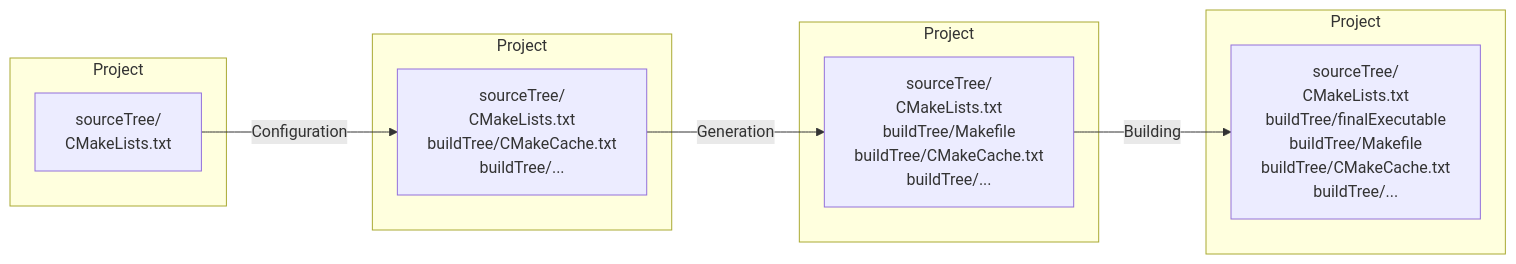
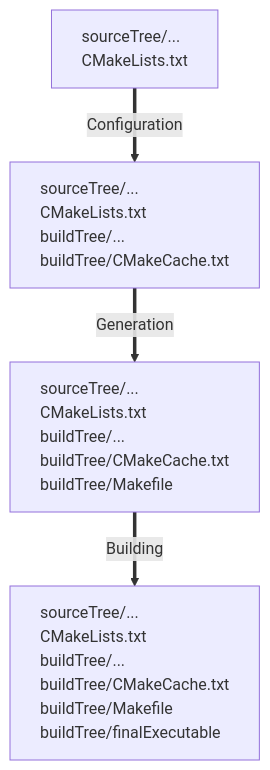
Before and after one commit to abilandz/NAT3054: the diagram in Lecture_3/make.md, drawn with Mermaid. The commit also changed other lines of this file, not shown here.

Commit message:
new diagram for cmake design

````diff
--- a/Lecture_3/make.md
+++ b/Lecture_3/make.md
@@ -787,34 +787,35 @@
 ```mermaid
-	flowchart LR
- 	subgraph Project 
-    wt4["sourceTree/
+
+flowchart TB
+    wt1["sourceTree/...
     CMakeLists.txt
+    "] 
+	style wt1 text-align:left
+
+    wt2["sourceTree/...
+    CMakeLists.txt
+    buildTree/...
+    buildTree/CMakeCache.txt
+    "] 
+	style wt2 text-align:left
+
+    wt3["sourceTree/...
+    CMakeLists.txt
+    buildTree/...
+    buildTree/CMakeCache.txt
+    buildTree/Makefile
+    "]
+	style wt3 text-align:left
+
+    wt4["sourceTree/...
+    CMakeLists.txt
+    buildTree/...
+    buildTree/CMakeCache.txt
+    buildTree/Makefile
     buildTree/finalExecutable
-    buildTree/Makefile
-    buildTree/CMakeCache.txt
-    buildTree/...
     "]
-    end
+	style wt4 text-align:left
 
-	subgraph Project 
-    wt3["sourceTree/
-    CMakeLists.txt
-    buildTree/Makefile
-    buildTree/CMakeCache.txt
-    buildTree/..."] -- "Building" --> wt4
-    end
-
-	subgraph Project 
-    wt2["sourceTree/
-    CMakeLists.txt
-    buildTree/CMakeCache.txt
-    buildTree/...
-    "] -- "Generation" --> wt3
-    end
-
-	subgraph Project 
-    wt1["sourceTree/
-    CMakeLists.txt"] -- "Configuration" --> wt2
-    
-    end
+    wt1 == "Configuration" ==> wt2 == "Generation" ==> wt3 == "Building" ==> wt4
+ 
 ```
````
